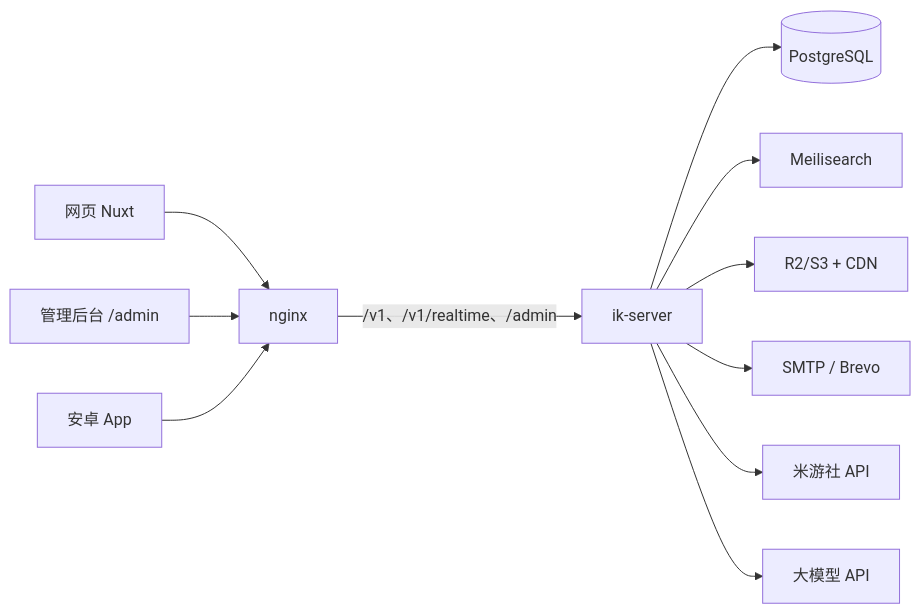
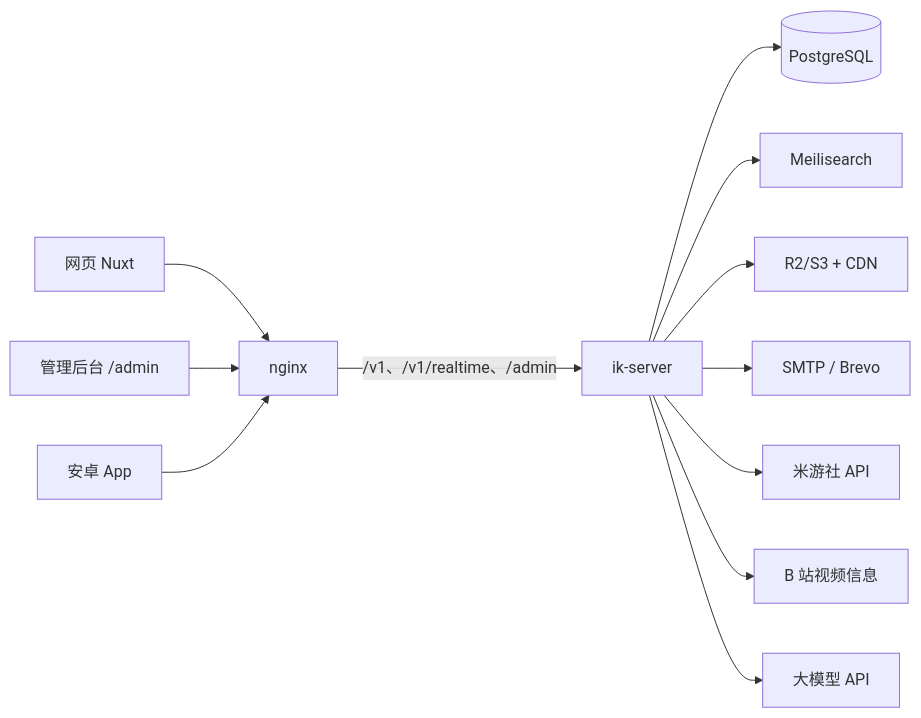
One commit to KawaYiLab/ikserver-rs changed the diagram in docs/architecture.md. Above: the diagram before and after it, drawn with Mermaid. The commit also changed other lines of this file and 20 other files, not shown here.

````diff
--- a/docs/architecture.md
+++ b/docs/architecture.md
@@ -9,13 +9,14 @@
 ```mermaid
 flowchart LR
   web[网页 Nuxt] --> ng[nginx]
   adm[管理后台 /admin] --> ng
   app[安卓 App] --> ng
   ng -->|/v1、/v1/realtime、/admin| srv[ik-server]
   srv --> pg[(PostgreSQL)]
   srv --> ms[Meilisearch]
   srv --> s3[R2/S3 + CDN]
   srv --> mail[SMTP / Brevo]
   srv --> mhy[米游社 API]
+  srv --> bili[B 站视频信息]
   srv --> llm[大模型 API]
 ```
````
